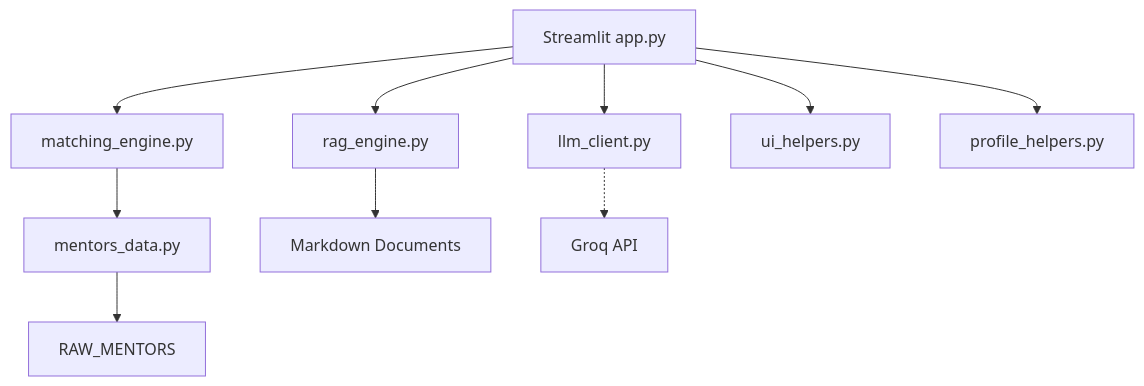
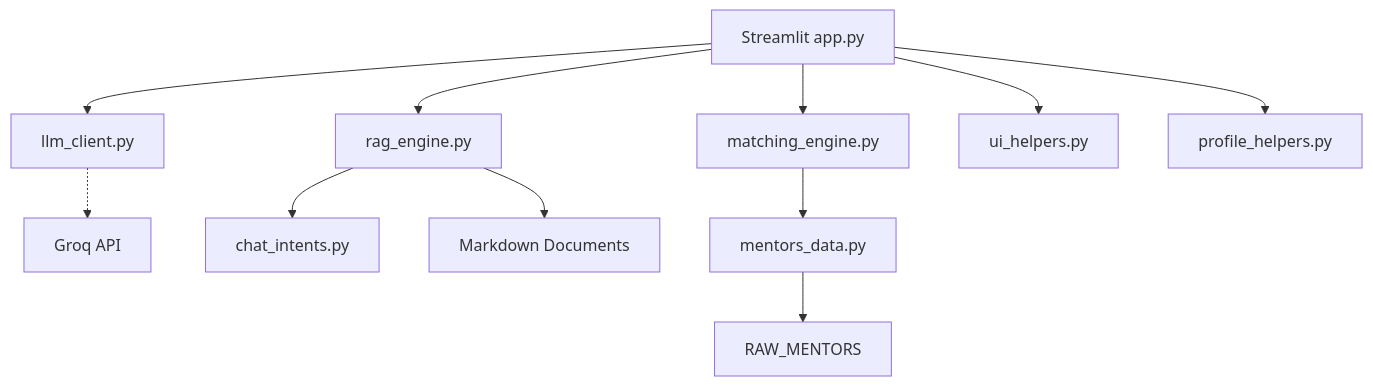
One commit to levanmanh268/cmc-ai-mentor-network changed the third of 5 diagrams in docs/architecture.md. Above: the diagram before and after it, drawn with Mermaid. The commit also changed other lines of this file, not shown here.

First line of the commit message:
docs(architecture): model standalone social branch without misrepresenting RAG or LLM

````diff
--- a/docs/architecture.md
+++ b/docs/architecture.md
@@ -93,22 +95,24 @@
 ```mermaid
 flowchart TD
     UI[Streamlit app.py]
     CONFIG[llm_client.py]
     KB[rag_engine.py]
+    SOCIAL[chat_intents.py]
     MATCH[matching_engine.py]
     HELPER[ui_helpers.py]
     PROFILE[profile_helpers.py]
     MR[mentors_data.py]
     MARKDOWN[Markdown Documents]
     RAW[RAW_MENTORS]
     API[Groq API]
     UI --> CONFIG
     UI --> KB
+    KB --> SOCIAL
     UI --> MATCH
     UI --> HELPER
     UI --> PROFILE
     MATCH --> MR
     MR --> RAW
     KB --> MARKDOWN
     CONFIG -.-> API
 ```
````
